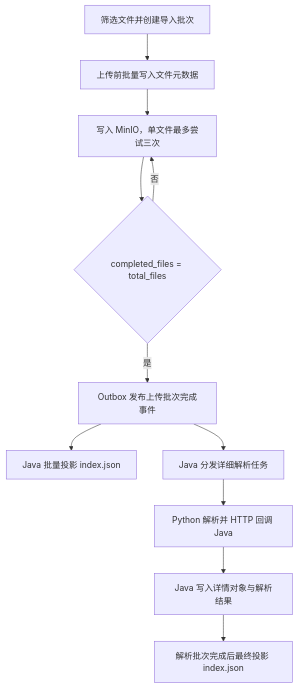
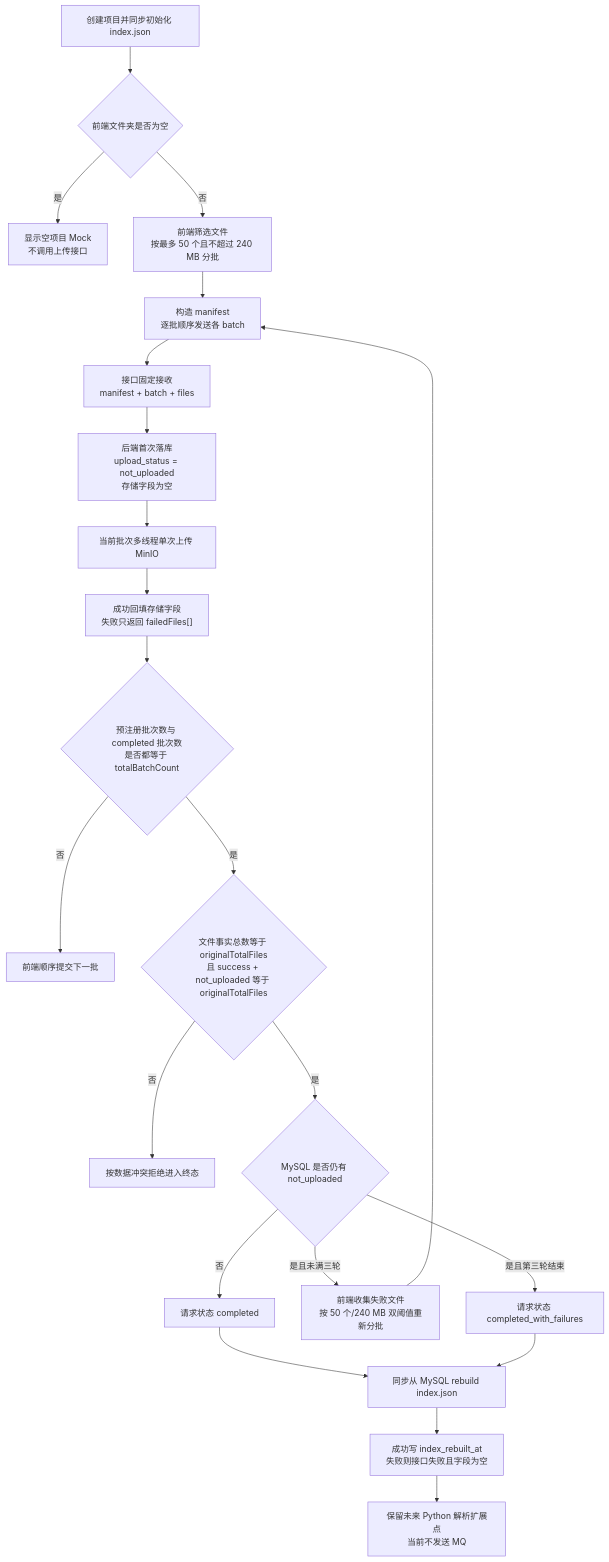
Before and after one commit to ningningsenpai/PM-AGENT: the diagram in docs/03-业务流程.md, drawn with Mermaid. The commit also changed other lines of this file and 81 other files, not shown here.

````diff
--- a/docs/03-业务流程.md
+++ b/docs/03-业务流程.md
@@ -193,13 +199,24 @@
-```mermaid
+~~~mermaid
 flowchart TD
-    A["筛选文件并创建导入批次"] --> B["上传前批量写入文件元数据"]
-    B --> C["写入 MinIO，单文件最多尝试三次"]
-    C --> D{"completed_files = total_files"}
-    D -->|否| C
-    D -->|是| E["Outbox 发布上传批次完成事件"]
-    E --> F["Java 批量投影 index.json"]
-    E --> G["Java 分发详细解析任务"]
-    G --> H["Python 解析并 HTTP 回调 Java"]
-    H --> I["Java 写入详情对象与解析结果"]
-    I --> J["解析批次完成后最终投影 index.json"]
-```
+    A["创建项目并同步初始化 index.json"] --> B{"前端文件夹是否为空"}
+    B -->|是| C["显示空项目 Mock<br/>不调用上传接口"]
+    B -->|否| D["前端筛选文件<br/>按最多 50 个且不超过 240 MB 分批"]
+    D --> E["构造 manifest<br/>逐批顺序发送各 batch"]
+    E --> F0["接口固定接收<br/>manifest + batch + files"]
+    F0 --> F["后端首次落库<br/>upload_status = not_uploaded<br/>存储字段为空"]
+    F --> G["当前批次多线程单次上传 MinIO"]
+    G --> H["成功回填存储字段<br/>失败只返回 failedFiles[]"]
+    H --> I{"预注册批次数与 completed 批次数<br/>是否都等于 totalBatchCount"}
+    I -->|否| I0["前端顺序提交下一批"]
+    I -->|是| I1{"文件事实总数等于 originalTotalFiles<br/>且 success + not_uploaded 等于 originalTotalFiles"}
+    I1 -->|否| I2["按数据冲突拒绝进入终态"]
+    I1 -->|是| J{"MySQL 是否仍有 not_uploaded"}
+    J -->|否| K0["请求状态 completed"]
+    J -->|是且未满三轮| L["前端收集失败文件<br/>按 50 个/240 MB 双阈值重新分批"]
+    L --> E
+    J -->|是且第三轮结束| K1["请求状态 completed_with_failures"]
+    K0 --> K["同步从 MySQL rebuild index.json"]
+    K1 --> K
+    K --> M["成功写 index_rebuilt_at<br/>失败则接口失败且字段为空"]
+    M --> N["保留未来 Python 解析扩展点<br/>当前不发送 MQ"]
+~~~
````
